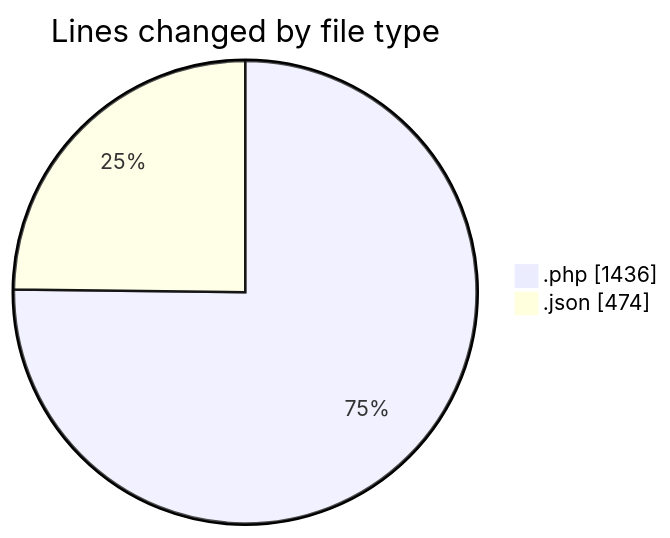
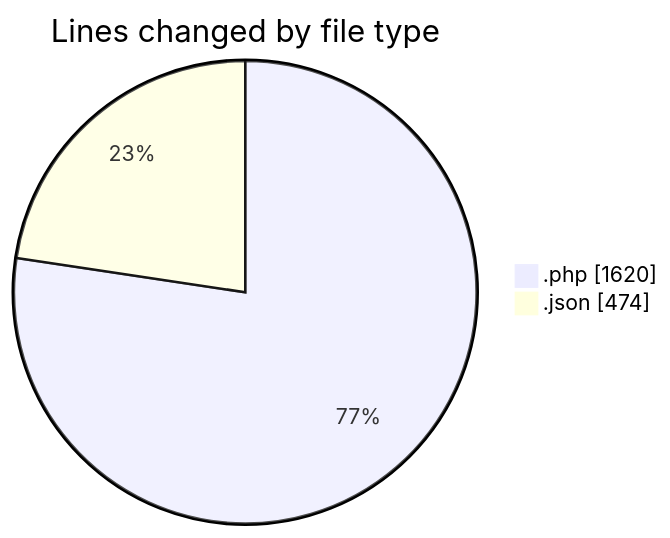
The first of 2 diagrams in 2025-06-22/studio-backend/README.md (idhammustaqopulfikri/code-tracking), drawn with Mermaid before and after one commit. The commit also changed other lines of this file and 1 other file, not shown here.

````diff
--- a/2025-06-22/studio-backend/README.md
+++ b/2025-06-22/studio-backend/README.md
@@ -25,6 +27,6 @@
 ```mermaid
 pie showData
 title Lines changed by file type
-".php" : 1436
+".php" : 1620
 ".json" : 474
 ```
````
